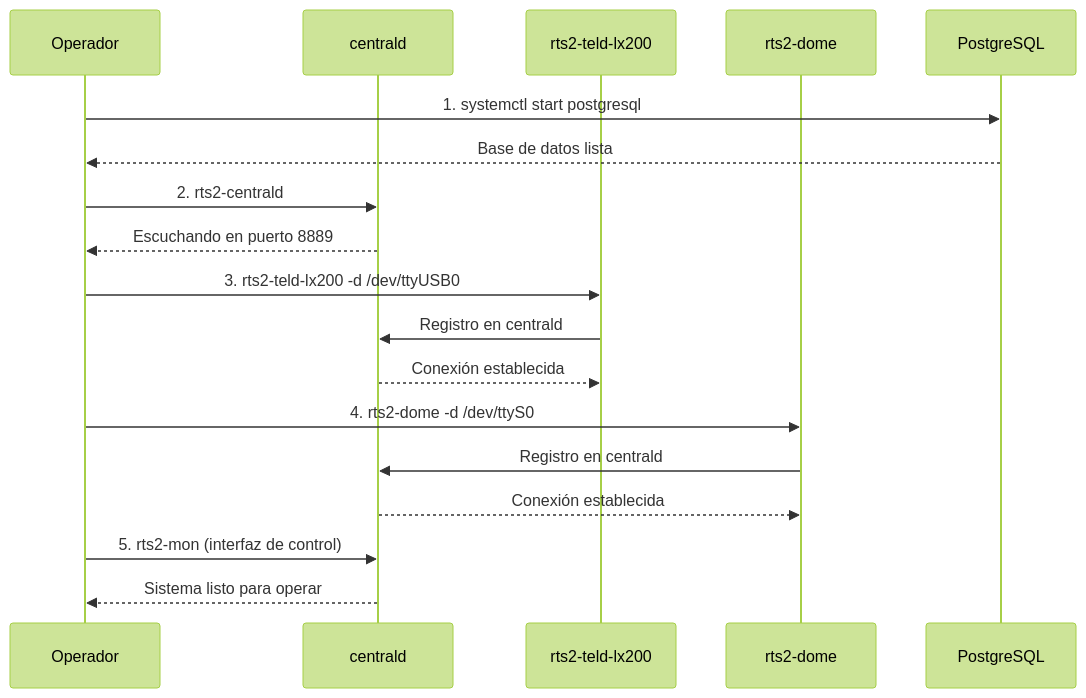
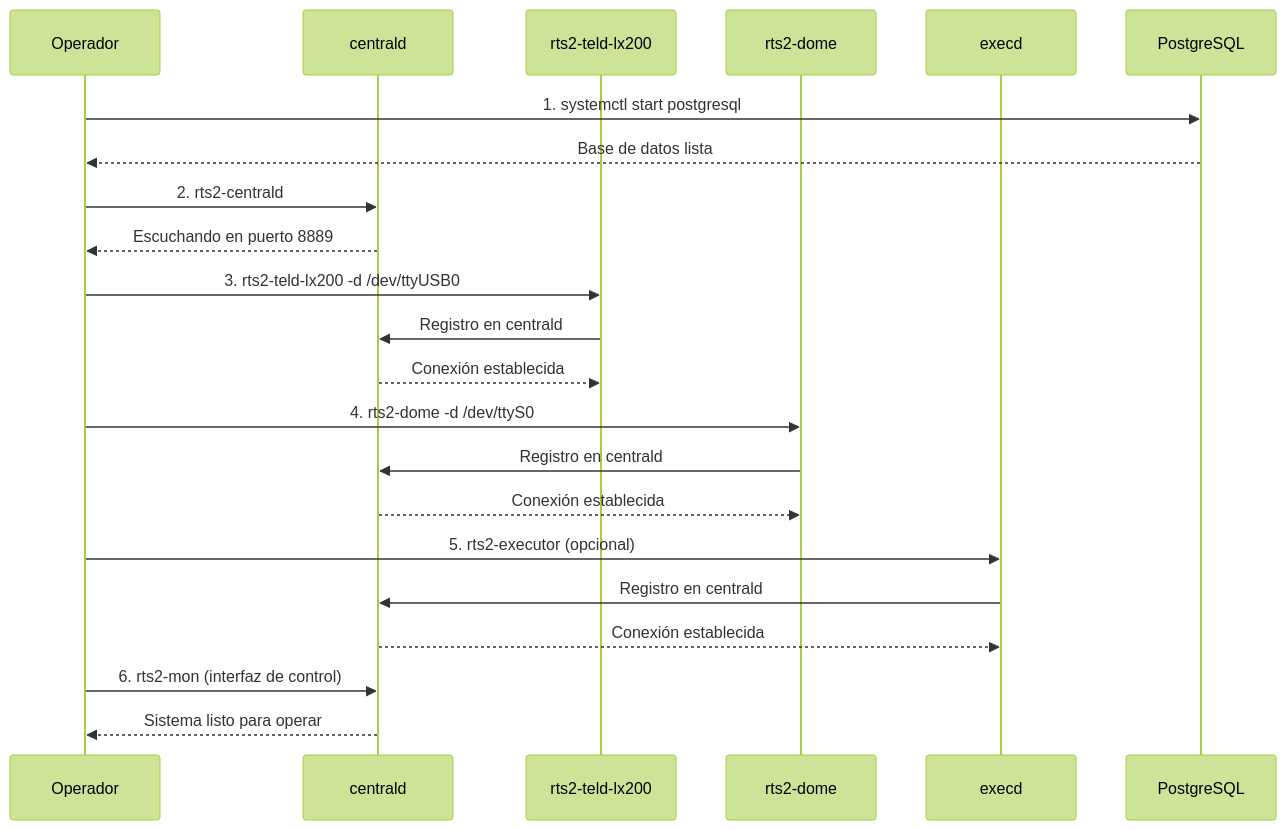
Before and after one commit to maariia-saez/rts2-faculty-observatory: the fifth of 6 diagrams in doc/manual_observatorio/ARQUITECTURA.md, drawn with Mermaid (forest theme). The commit also changed other lines of this file, not shown here.

````diff
--- a/doc/manual_observatorio/ARQUITECTURA.md
+++ b/doc/manual_observatorio/ARQUITECTURA.md
@@ -72,25 +198,30 @@
 ```mermaid
 sequenceDiagram
     participant Op as Operador
     participant C as centrald
     participant T as rts2-teld-lx200
     participant D as rts2-dome
+    participant E as execd
     participant DB as PostgreSQL
 
     Op->>DB: 1. systemctl start postgresql
     DB-->>Op: Base de datos lista
 
     Op->>C: 2. rts2-centrald
     C-->>Op: Escuchando en puerto 8889
 
     Op->>T: 3. rts2-teld-lx200 -d /dev/ttyUSB0
     T->>C: Registro en centrald
     C-->>T: Conexión establecida
 
     Op->>D: 4. rts2-dome -d /dev/ttyS0
     D->>C: Registro en centrald
     C-->>D: Conexión establecida
 
-    Op->>C: 5. rts2-mon (interfaz de control)
+    Op->>E: 5. rts2-executor (opcional)
+    E->>C: Registro en centrald
+    C-->>E: Conexión establecida
+
+    Op->>C: 6. rts2-mon (interfaz de control)
     C-->>Op: Sistema listo para operar
 ```
````
